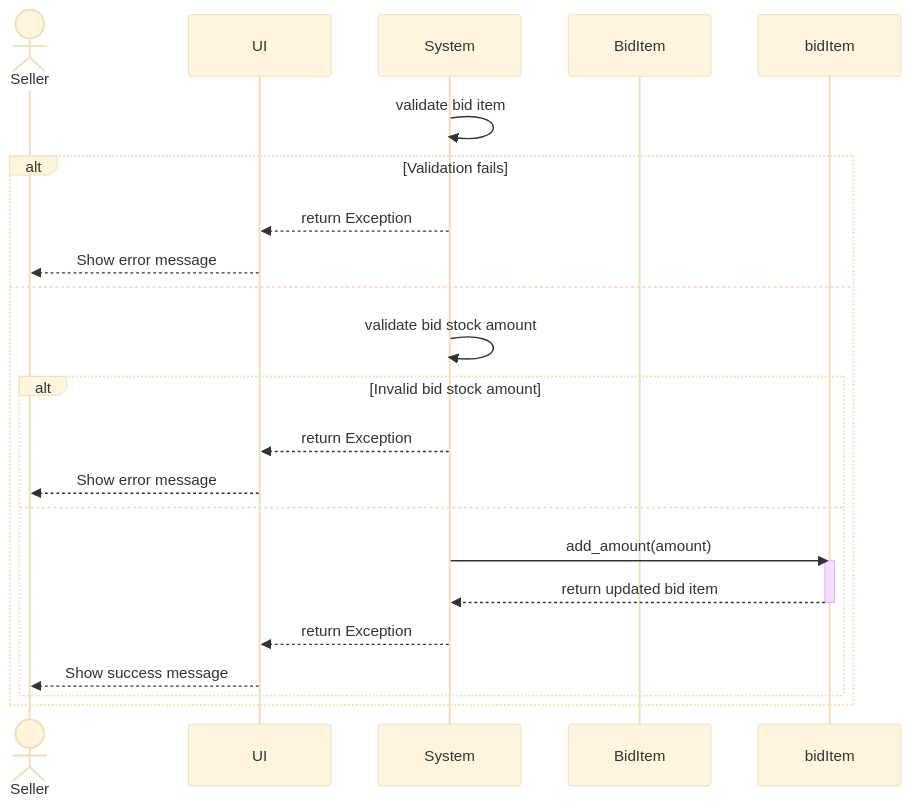
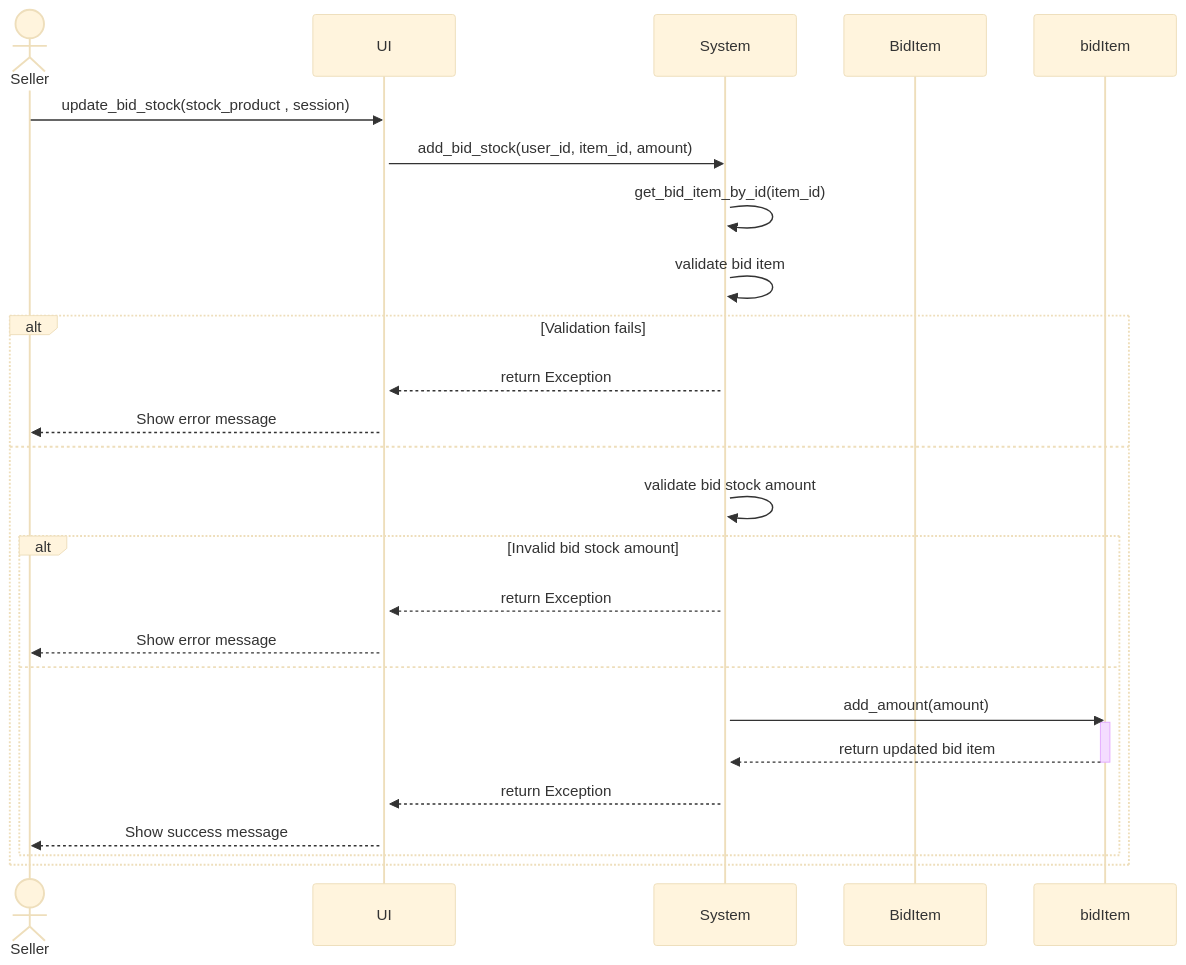
One commit to Bokutosimp/CE_OOP_PROJECT changed the diagram in diagram/sequence/update_bid_stock.md. Above: the diagram before and after it, drawn with Mermaid (base theme).

````diff
--- a/diagram/sequence/update_bid_stock.md
+++ b/diagram/sequence/update_bid_stock.md
@@ -1,28 +1,34 @@
 ```mermaid
 sequenceDiagram
     actor Seller
     participant UI
     participant System
     participant BidItem
+
+ Seller ->> UI : update_bid_stock(stock_product , session)
+    activate UI
+    UI ->> System : add_bid_stock(user_id, item_id, amount)
+    activate System
+    System ->> System : get_bid_item_by_id(item_id)
 
 
 
  System ->> System : validate bid item
     alt Validation fails
         System -->> UI : return Exception
         UI -->> Seller : Show error message
     else
         System ->> System : validate bid stock amount
         alt Invalid bid stock amount
             System -->> UI : return Exception
             UI -->> Seller : Show error message
         else
             System ->> bidItem : add_amount(amount)
             activate bidItem
             bidItem -->> System : return updated bid item
             deactivate bidItem
             System -->> UI : return Exception
             UI -->> Seller : Show success message
         end
     end
 ```
````
